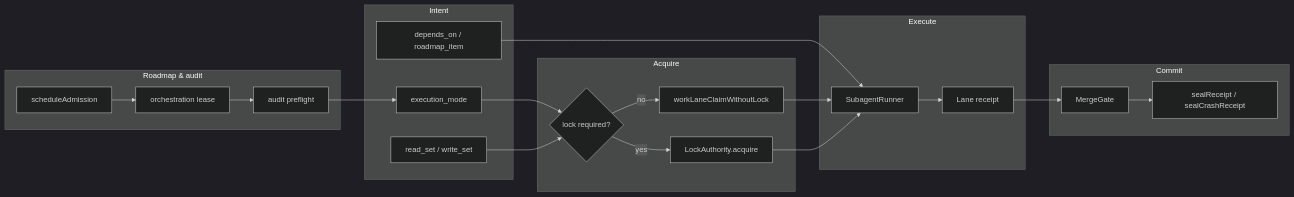
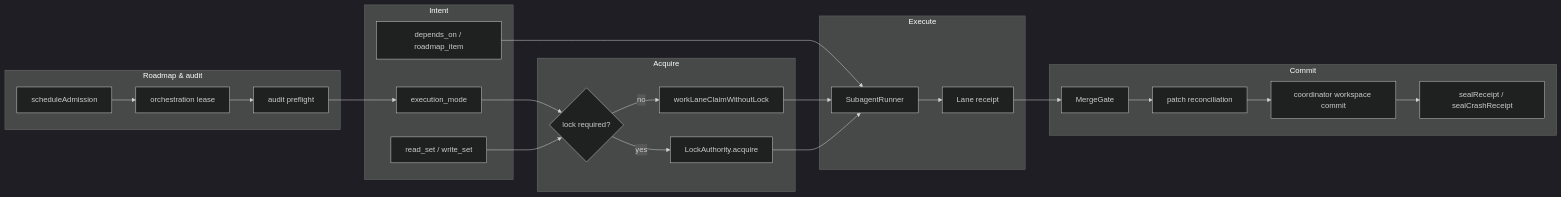
One commit to CardSorting/LUMI changed the first of 4 diagrams in README.md. Above: the diagram before and after it, drawn with Mermaid (dark theme). The commit also changed other lines of this file and 9 other files, not shown here.

````diff
--- a/README.md
+++ b/README.md
@@ -404,33 +404,35 @@
 ```mermaid
 flowchart LR
   subgraph coord ["Roadmap & audit"]
     AD[scheduleAdmission]
     OL[orchestration lease]
     PF[audit preflight]
   end
   subgraph classify ["Intent"]
     M[execution_mode]
     RW[read_set / write_set]
     DAG[depends_on / roadmap_item]
   end
   subgraph acquire ["Acquire"]
     L{lock required?}
     SK[workLaneClaimWithoutLock]
     LC[LockAuthority.acquire]
   end
   subgraph execute ["Execute"]
     R[SubagentRunner]
     RC[Lane receipt]
   end
   subgraph commit ["Commit"]
     MG[MergeGate]
+    PR[patch reconciliation]
+    WC[coordinator workspace commit]
     SE[sealReceipt / sealCrashReceipt]
   end
   AD --> OL --> PF --> M
   M --> L
   RW --> L
   DAG --> R
   L -->|no| SK --> R
   L -->|yes| LC --> R
-  R --> RC --> MG --> SE
+  R --> RC --> MG --> PR --> WC --> SE
 ```
````
